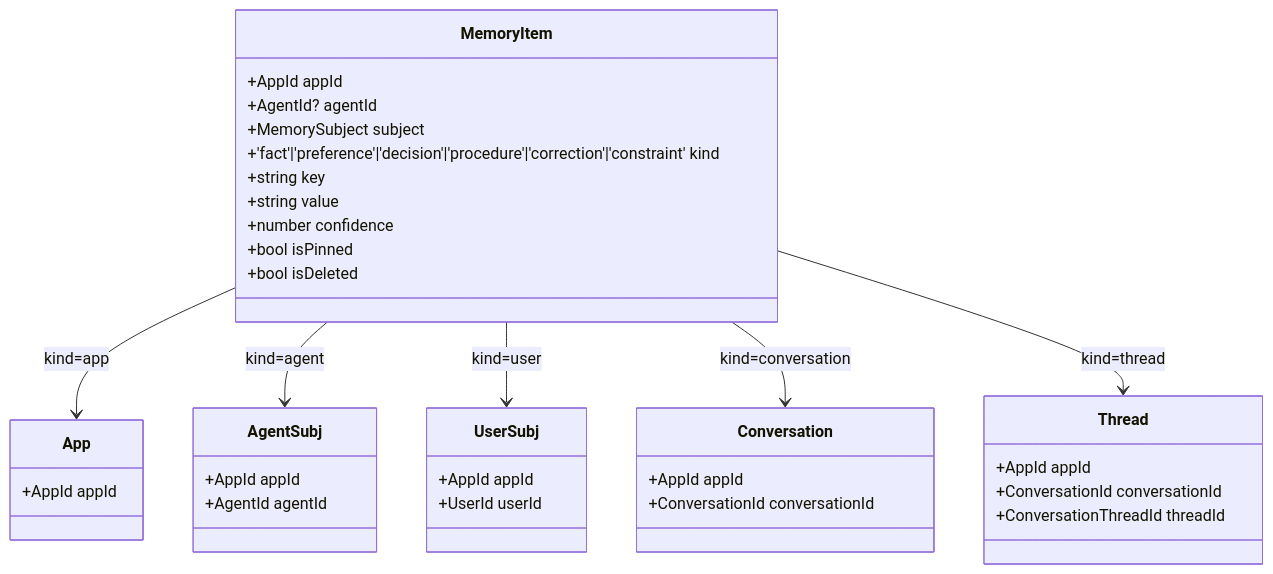
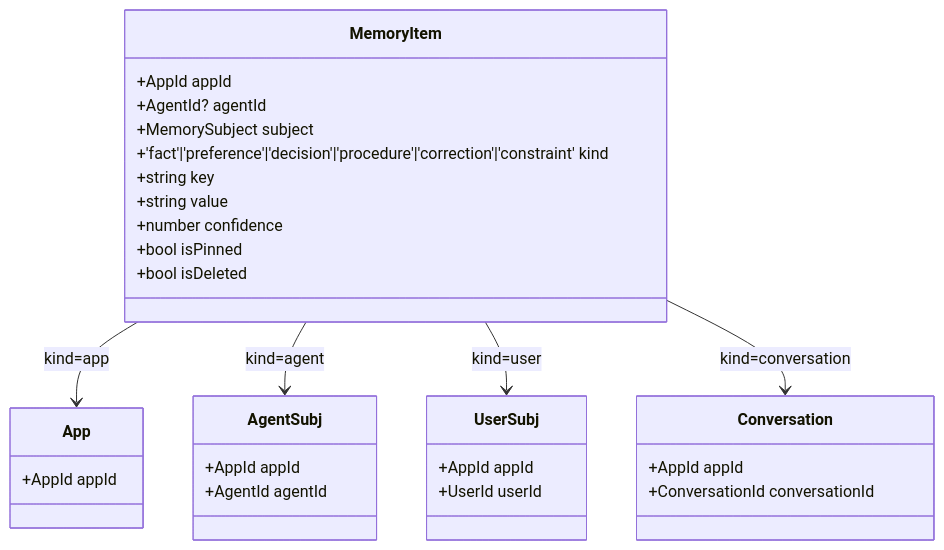
Before and after one commit to knacklabs/gantry: the fifth of 12 diagrams in docs/architecture/overview.md, drawn with Mermaid. The commit also changed other lines of this file and 63 other files, not shown here.

````diff
--- a/docs/architecture/overview.md
+++ b/docs/architecture/overview.md
@@ -340,39 +342,33 @@
 ```mermaid
 classDiagram
   class MemoryItem {
     +AppId appId
     +AgentId? agentId
     +MemorySubject subject
     +'fact'|'preference'|'decision'|'procedure'|'correction'|'constraint' kind
     +string key
     +string value
     +number confidence
     +bool isPinned
     +bool isDeleted
   }
   class App {
     +AppId appId
   }
   class AgentSubj {
     +AppId appId
     +AgentId agentId
   }
   class UserSubj {
     +AppId appId
     +UserId userId
   }
   class Conversation {
     +AppId appId
     +ConversationId conversationId
   }
-  class Thread {
-    +AppId appId
-    +ConversationId conversationId
-    +ConversationThreadId threadId
-  }
   MemoryItem --> App : kind=app
   MemoryItem --> AgentSubj : kind=agent
   MemoryItem --> UserSubj : kind=user
   MemoryItem --> Conversation : kind=conversation
-  MemoryItem --> Thread : kind=thread
 ```
````
